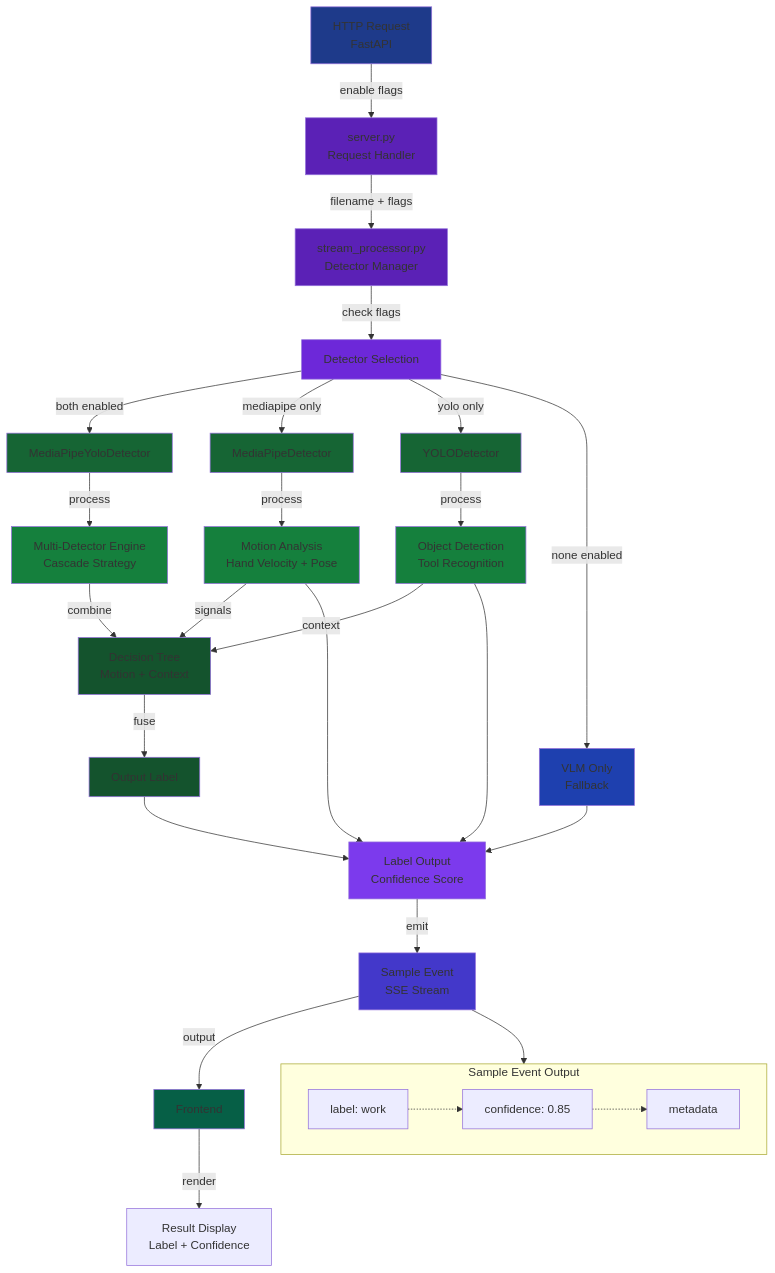
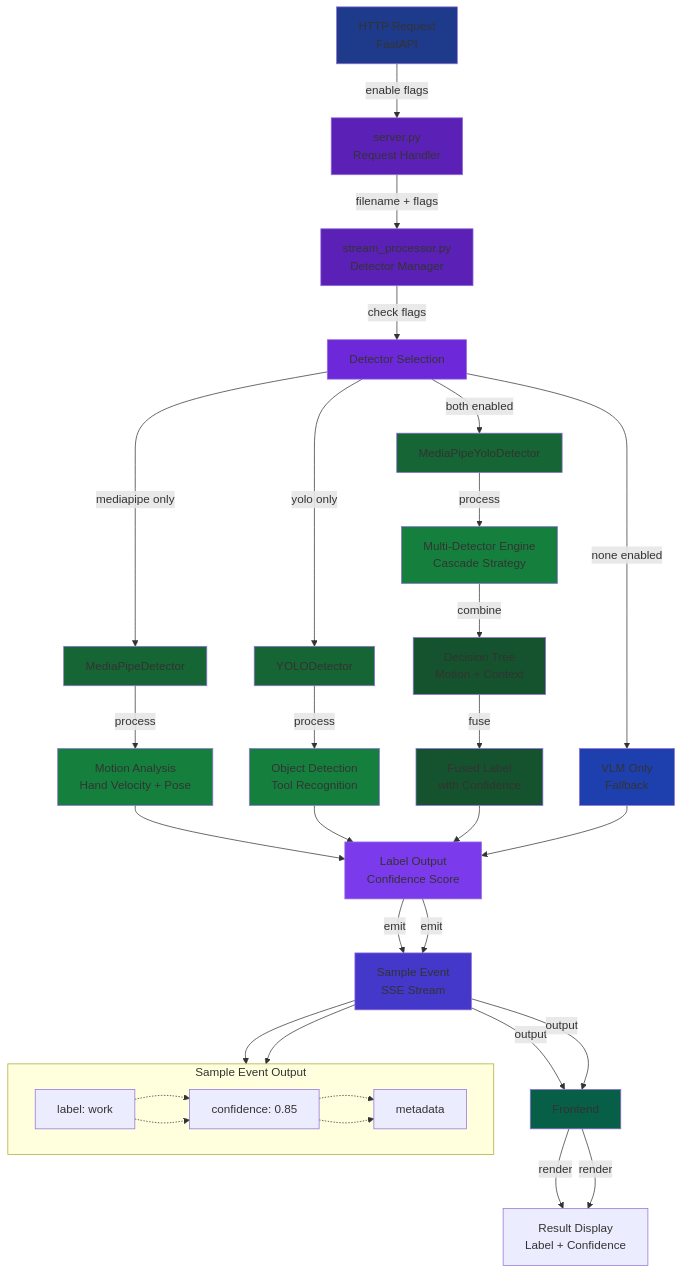
Before and after one commit to mohammed1916/behavior_tracking: the diagram in scripts/docs/arch.mermaid, drawn with Mermaid. The commit also changed 1 other file, not shown here.

Commit message:
architecture flaw update

```diff
--- a/scripts/docs/arch.mermaid
+++ b/scripts/docs/arch.mermaid
@@ -1,59 +1,91 @@
 graph TD
     A["HTTP Request<br/>FastAPI"] -->|enable flags| B["server.py<br/>Request Handler"]
     
     B -->|filename + flags| C["stream_processor.py<br/>Detector Manager"]
     
     C -->|check flags| D["Detector Selection"]
     
     D -->|both enabled| E["MediaPipeYoloDetector"]
     D -->|mediapipe only| F["MediaPipeDetector"]
     D -->|yolo only| G["YOLODetector"]
     D -->|none enabled| H["VLM Only<br/>Fallback"]
     
     E -->|process| E1["Multi-Detector Engine<br/>Cascade Strategy"]
     F -->|process| F1["Motion Analysis<br/>Hand Velocity + Pose"]
     G -->|process| G1["Object Detection<br/>Tool Recognition"]
     
     E1 -->|combine| E2["Decision Tree<br/>Motion + Context"]
-    F1 -->|signals| E2
-    G1 -->|context| E2
+    E2 -->|fuse| E3["Fused Label<br/>with Confidence"]
     
-    E2 -->|fuse| E3["Output Label"]
     F1 --> I["Label Output<br/>Confidence Score"]
     G1 --> I
     E3 --> I
     H --> I
     
     I -->|emit| J["Sample Event<br/>SSE Stream"]
     
     J -->|output| K["Frontend"]
     
     K -->|render| L["Result Display<br/>Label + Confidence"]
     
     subgraph output["Sample Event Output"]
         direction LR
         L1["label: work"]
         L2["confidence: 0.85"]
         L3["metadata"]
         L1 -.-> L2
         L2 -.-> L3
     end
     
     J --> output
     
 style A fill:#1e3a8a
 style B fill:#5b21b6
 style C fill:#5b21b6
 style D fill:#6d28d9
 style E fill:#166534
 style F fill:#166534
 style G fill:#166534
 style H fill:#1e40af
 style E1 fill:#15803d
 style F1 fill:#15803d
 style G1 fill:#15803d
 style E2 fill:#14532d
 style E3 fill:#14532d
 style I fill:#7c3aed
 style J fill:#4338ca
 style K fill:#065f46
+    
+    I -->|emit| J["Sample Event<br/>SSE Stream"]
+    
+    J -->|output| K["Frontend"]
+    
+    K -->|render| L["Result Display<br/>Label + Confidence"]
+    
+    subgraph output["Sample Event Output"]
+        direction LR
+        L1["label: work"]
+        L2["confidence: 0.85"]
+        L3["metadata"]
+        L1 -.-> L2
+        L2 -.-> L3
+    end
+    
+    J --> output
+    
+style A fill:#1e3a8a
+style B fill:#5b21b6
+style C fill:#5b21b6
+style D fill:#6d28d9
+style E fill:#166534
+style F fill:#166534
+style G fill:#166534
+style H fill:#1e40af
+style E1 fill:#15803d
+style F1 fill:#15803d
+style G1 fill:#15803d
+style E2 fill:#14532d
+style E3 fill:#14532d
+style I fill:#7c3aed
+style J fill:#4338ca
+style K fill:#065f46
```
